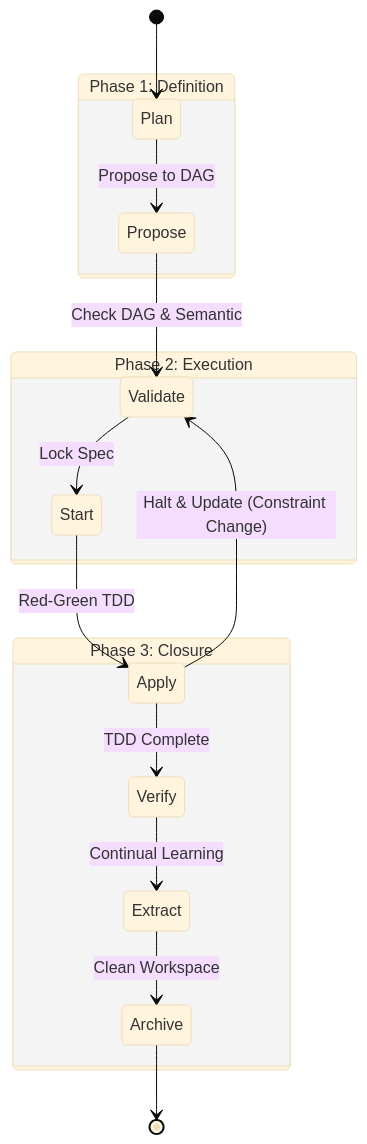
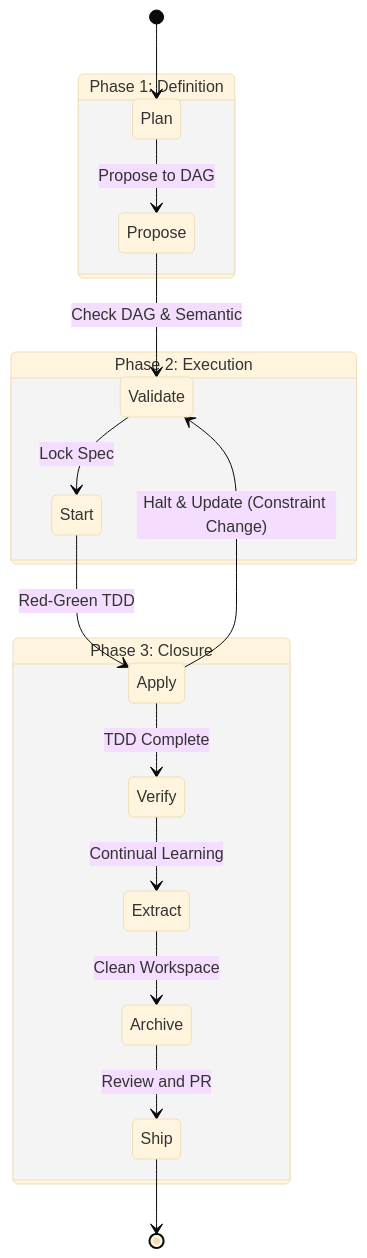
Before and after one commit to demmojo/niche: the diagram in CONTRIBUTING.md, drawn with Mermaid (base theme). The commit also changed other lines of this file and 359 other files, not shown here.

````diff
--- a/CONTRIBUTING.md
+++ b/CONTRIBUTING.md
@@ -11,22 +11,23 @@
 ```mermaid
 stateDiagram-v2
     state "Phase 1: Definition" as Definition {
         Plan --> Propose : Propose to DAG
         Propose --> Validate : Check DAG & Semantic
     }
 
     state "Phase 2: Execution" as Execution {
         Validate --> Start : Lock Spec
         Start --> Apply : Red-Green TDD
         Apply --> Validate : Halt & Update (Constraint Change)
     }
 
     state "Phase 3: Closure" as Closure {
         Apply --> Verify : TDD Complete
         Verify --> Extract : Continual Learning
         Extract --> Archive : Clean Workspace
+        Archive --> Ship : Review and PR
     }
 
     [*] --> Plan
-    Archive --> [*]
+    Ship --> [*]
 ```
````
